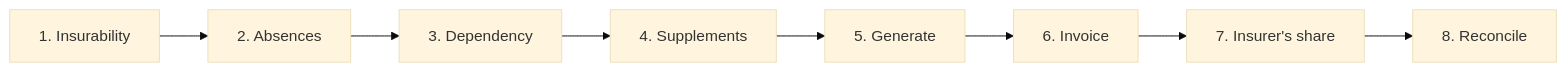
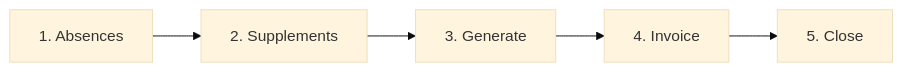
One commit to lplg-europe/resthome-documentation changed the diagram in content/facturation/checklist-fin-de-mois.md. Above: the diagram before and after it, drawn with Mermaid (base theme). The commit also changed other lines of this file and 79 other files, not shown here.

````diff
--- a/content/facturation/checklist-fin-de-mois.md
+++ b/content/facturation/checklist-fin-de-mois.md
@@ -44,10 +33,7 @@
 ```mermaid
 graph LR
-  A[1. Insurability] --> B[2. Absences]
-  B --> C[3. Dependency]
-  C --> D[4. Supplements]
-  D --> E[5. Generate]
-  E --> F[6. Invoice]
-  F --> G[7. Insurer's share]
-  G --> H[8. Reconcile]
+  A[1. Absences] --> B[2. Supplements]
+  B --> C[3. Generate]
+  C --> D[4. Invoice]
+  D --> E[5. Close]
 ```
````
